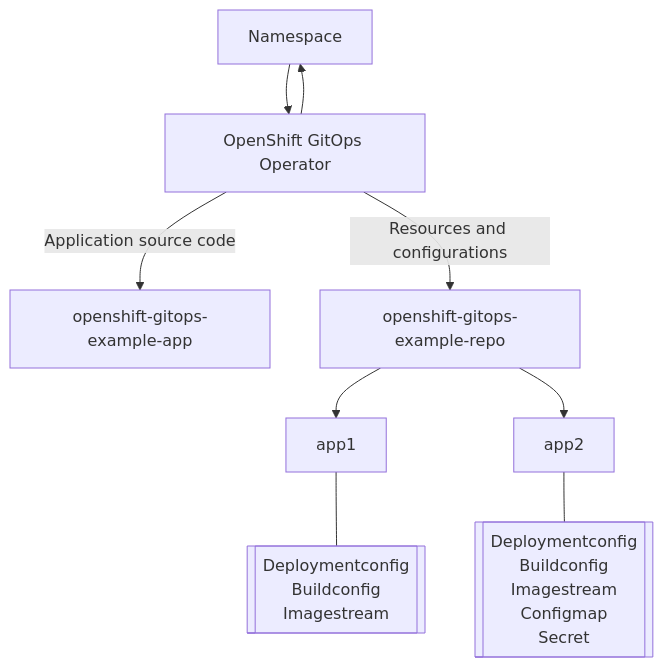
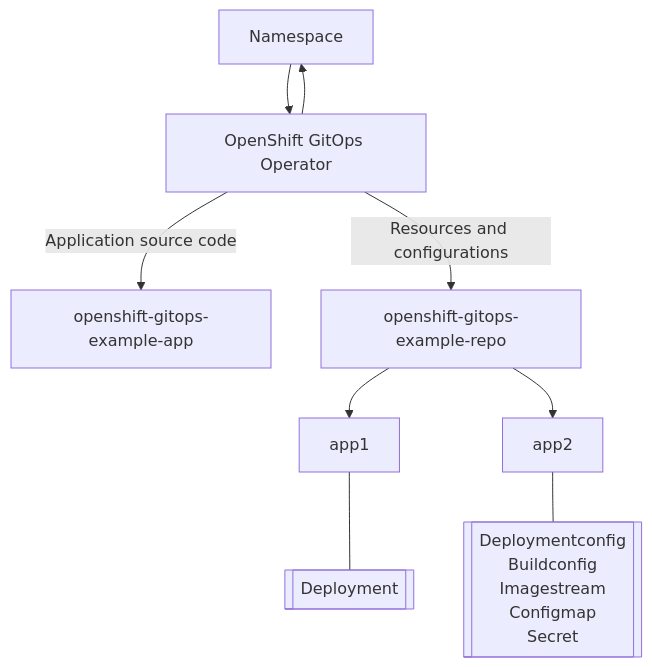
The diagram in README.md (utpk/openshift-gitops-example-app), drawn with Mermaid before and after one commit.

````diff
--- a/README.md
+++ b/README.md
@@ -4,11 +4,11 @@
 ```mermaid
 flowchart TD
 AA[Namespace] --> A[OpenShift GitOps Operator]
 A --> AA
 A -->|Application source code| B[openshift-gitops-example-app]
 A -->|Resources and configurations| C[openshift-gitops-example-repo]
 C --> D[app1]
 C --> DD[app2]
-D --- E[[Deploymentconfig<br>Buildconfig<br>Imagestream]]
+D --- E[[Deployment]]
 DD --- EE[[Deploymentconfig<br>Buildconfig<br>Imagestream<br>Configmap<br>Secret]]
 ```
````
